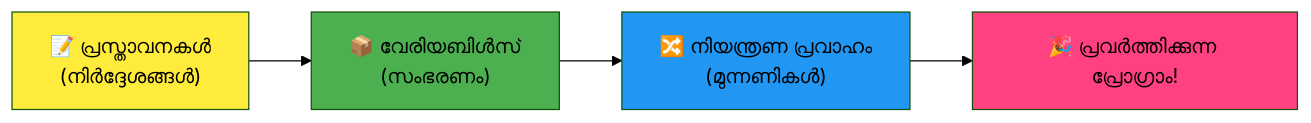
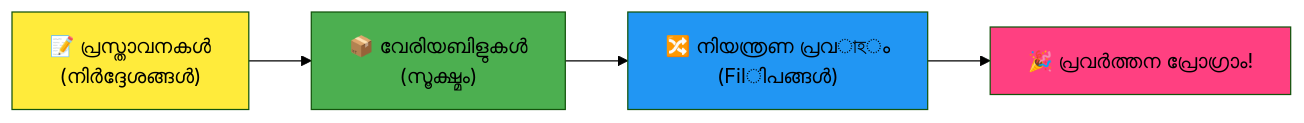
Before and after one commit to microsoft/Web-Dev-For-Beginners: the fourth of 7 diagrams in translations/ml/1-getting-started-lessons/1-intro-to-programming-languages/README.md, drawn with Mermaid (forest theme). The commit also changed other lines of this file and 13 other files, not shown here.

````diff
--- a/translations/ml/1-getting-started-lessons/1-intro-to-programming-languages/README.md
+++ b/translations/ml/1-getting-started-lessons/1-intro-to-programming-languages/README.md
@@ -466,9 +469,9 @@
 ```mermaid
 flowchart LR
-    A["📝 പ്രസ്താവനകൾ<br/>(നിർദ്ദേശങ്ങൾ)"] --> B["📦 വേരിയബിൾസ്<br/>(സംഭരണം)"] --> C["🔀 നിയന്ത്രണ പ്രവാഹം<br/>(മുന്നണികൾ)"] --> D["🎉 പ്രവർത്തിക്കുന്ന പ്രോഗ്രാം!"]
+    A["📝 പ്രസ്താവനകൾ<br/>(നിർദ്ദേശങ്ങൾ)"] --> B["📦 വേരിയബിളുകൾ<br/>(സൂക്ഷ്മം)"] --> C["🔀 നിയന്ത്രണ പ്രവাহം<br/>(Filിപങ്ങൾ)"] --> D["🎉 പ്രവർത്തന പ്രോഗ്രാം!"]
     
     style A fill:#ffeb3b
     style B fill:#4caf50
     style C fill:#2196f3
     style D fill:#ff4081
 ```  
````
